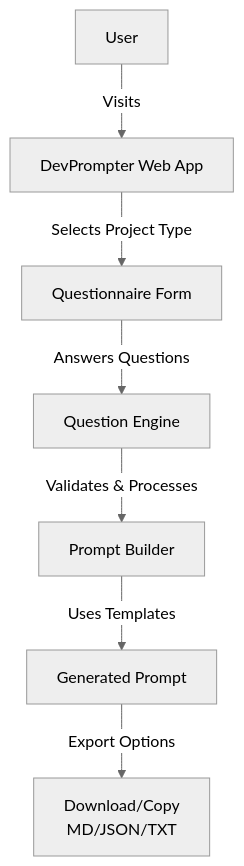
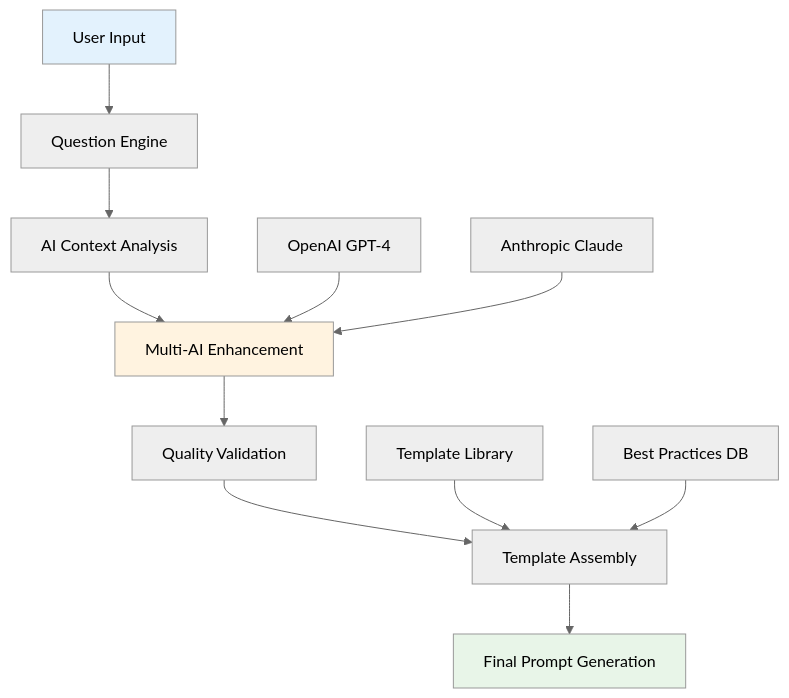
One commit to hamodywe/devprompter changed the diagram in README.md. Above: the diagram before and after it, drawn with Mermaid (neutral theme). The commit also changed other lines of this file, not shown here.

````diff
--- a/README.md
+++ b/README.md
@@ -101,9 +209,18 @@
 ```mermaid
-graph TD
-    A[User] -->|Visits| B[DevPrompter Web App]
-    B -->|Selects Project Type| C[Questionnaire Form]
-    C -->|Answers Questions| D[Question Engine]
-    D -->|Validates & Processes| E[Prompt Builder]
-    E -->|Uses Templates| F[Generated Prompt]
-    F -->|Export Options| G[Download/Copy<br/>MD/JSON/TXT]
+graph TB
+    A[User Input] --> B[Question Engine]
+    B --> C[AI Context Analysis]
+    C --> D[Multi-AI Enhancement]
+    D --> E[Quality Validation]
+    E --> F[Template Assembly]
+    F --> G[Final Prompt Generation]
+    
+    H[OpenAI GPT-4] --> D
+    I[Anthropic Claude] --> D
+    J[Template Library] --> F
+    K[Best Practices DB] --> F
+    
+    style A fill:#e3f2fd
+    style G fill:#e8f5e8
+    style D fill:#fff3e0
 ```
````
